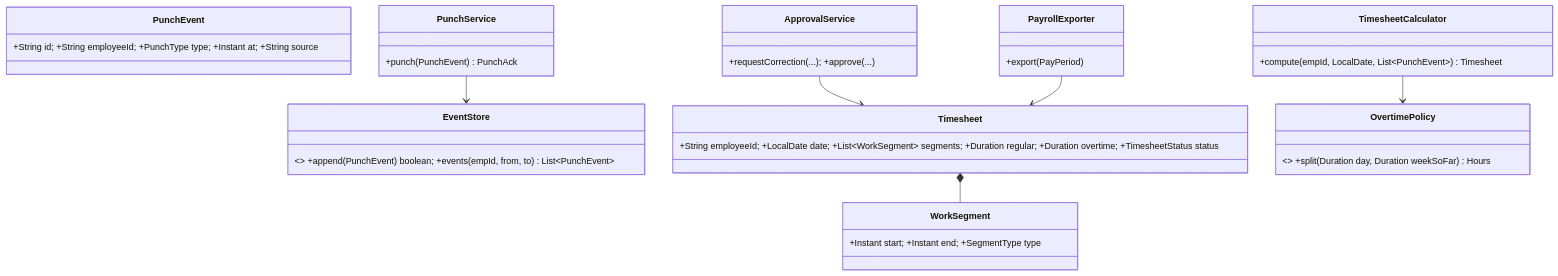
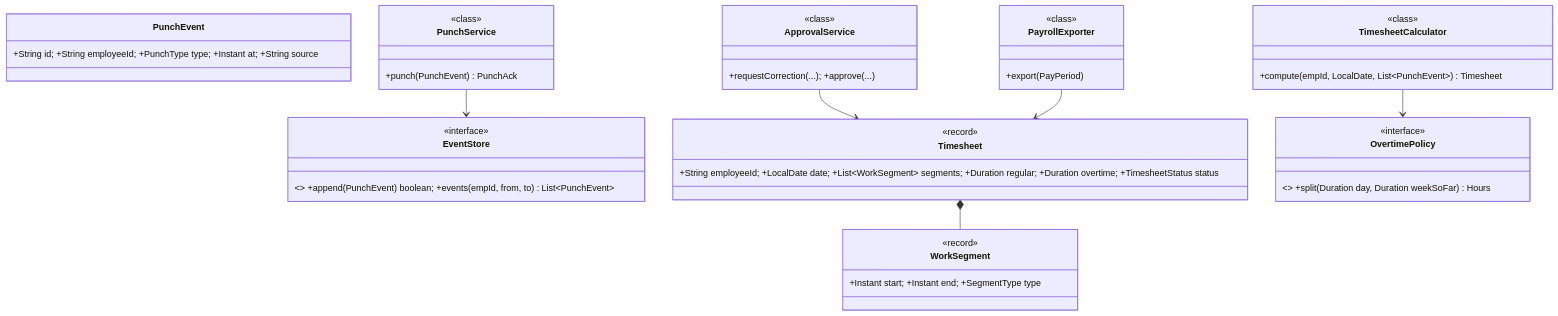
The first of 2 diagrams in system-design/lld/12-attendance-system.md (amarkum/amarkumar.guru), drawn with Mermaid before and after one commit. The commit also changed 27 other files, not shown here.

Commit message:
Label every UML type as interface, enumeration, abstract, record or class, add missing enums, and colour-code them.

````diff
--- a/system-design/lld/12-attendance-system.md
+++ b/system-design/lld/12-attendance-system.md
@@ -42,17 +42,41 @@
 ```mermaid
 classDiagram
     class PunchEvent { +String id; +String employeeId; +PunchType type; +Instant at; +String source }
     class PunchService { +punch(PunchEvent) PunchAck }
     class EventStore { <<interface>> +append(PunchEvent) boolean; +events(empId, from, to) List~PunchEvent~ }
     class TimesheetCalculator { +compute(empId, LocalDate, List~PunchEvent~) Timesheet }
     class Timesheet { +String employeeId; +LocalDate date; +List~WorkSegment~ segments; +Duration regular; +Duration overtime; +TimesheetStatus status }
     class WorkSegment { +Instant start; +Instant end; +SegmentType type }
     class OvertimePolicy { <<interface>> +split(Duration day, Duration weekSoFar) Hours }
     class ApprovalService { +requestCorrection(...); +approve(...) }
     class PayrollExporter { +export(PayPeriod) }
     PunchService --> EventStore
     TimesheetCalculator --> OvertimePolicy
     Timesheet *-- WorkSegment
     ApprovalService --> Timesheet
     PayrollExporter --> Timesheet
+    class Timesheet {
+      <<record>>
+    }
+    class WorkSegment {
+      <<record>>
+    }
+    class PayrollExporter {
+      <<class>>
+    }
+    class TimesheetCalculator {
+      <<class>>
+    }
+    class OvertimePolicy {
+      <<interface>>
+    }
+    class ApprovalService {
+      <<class>>
+    }
+    class PunchService {
+      <<class>>
+    }
+    class EventStore {
+      <<interface>>
+    }
 ```
````
